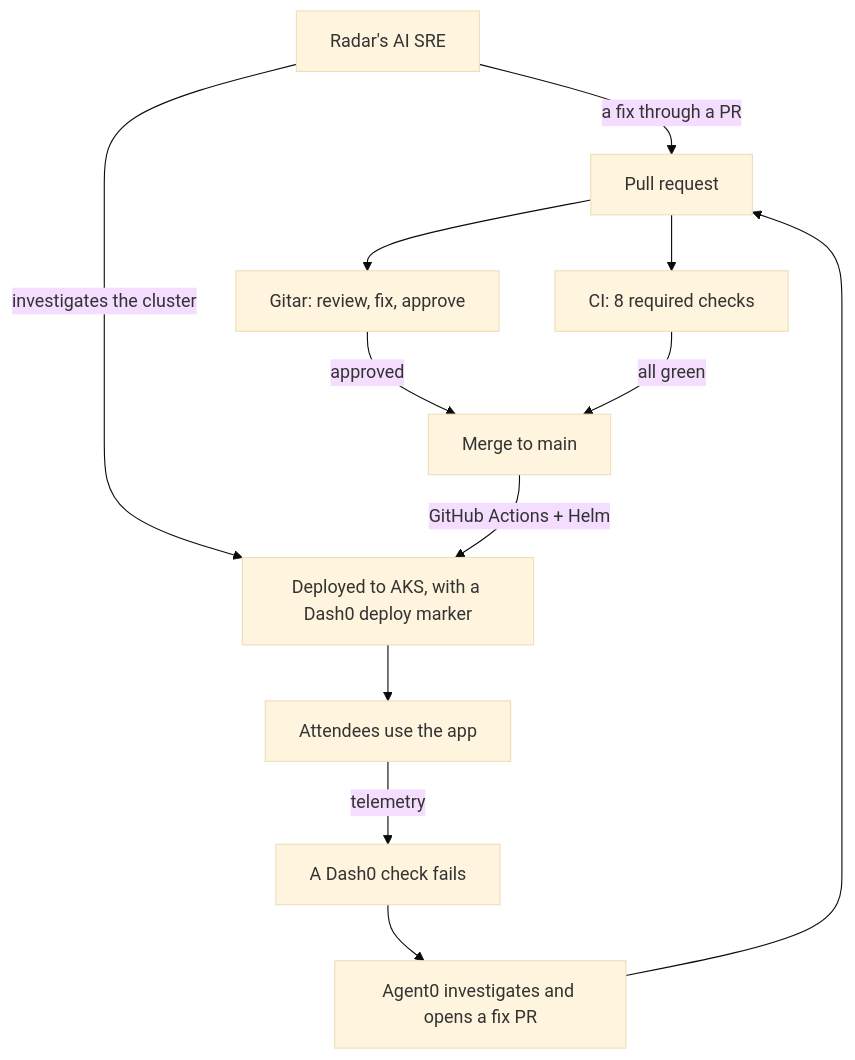
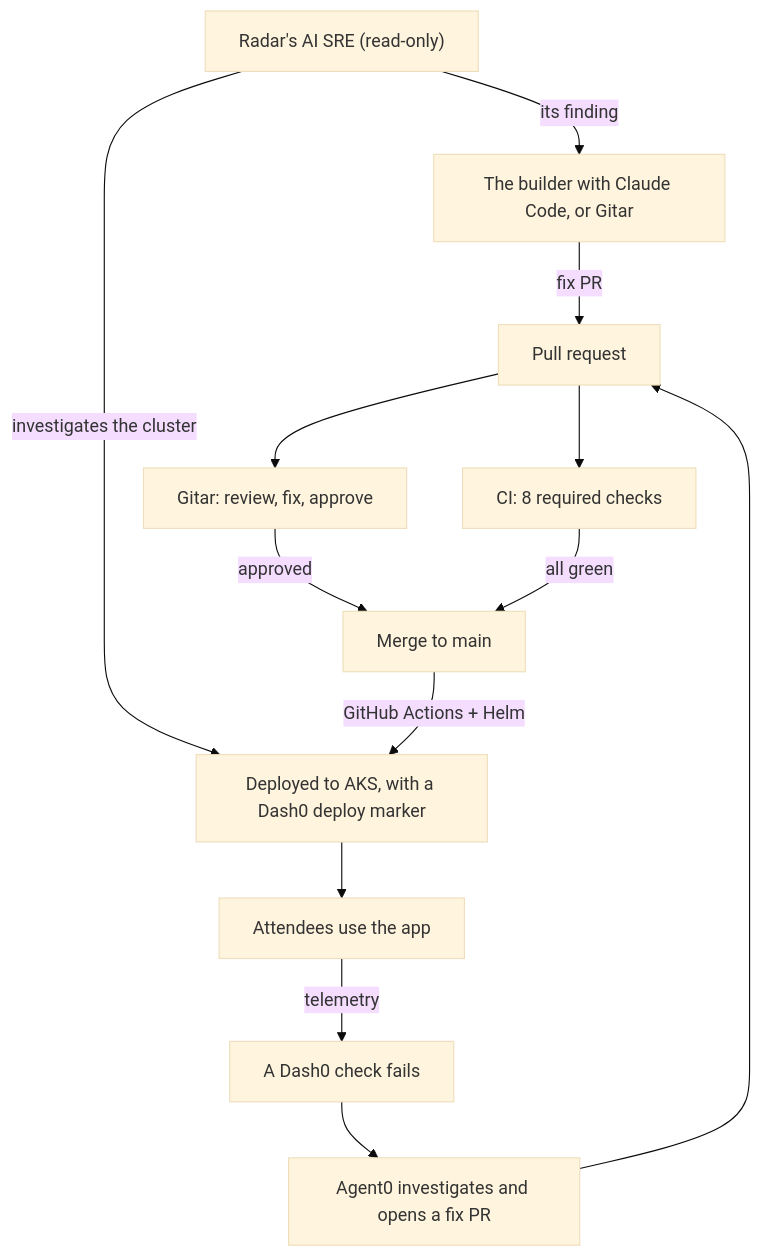
The second of 2 diagrams in README.md (DSavaliya-Labs/conferenceops-ai), drawn with Mermaid (base theme) before and after one commit. The commit also changed other lines of this file and 1 other file, not shown here.

First line of the commit message:
Docs: say what the incident-scope check, the Build log and Radar's fix path do

````diff
--- a/README.md
+++ b/README.md
@@ -134,14 +134,15 @@
 ```mermaid
 flowchart TB
   pr["Pull request"] --> gitar["Gitar: review, fix, approve"]
   pr --> ci["CI: 8 required checks"]
   gitar -->|"approved"| merge["Merge to main"]
   ci -->|"all green"| merge
   merge -->|"GitHub Actions + Helm"| aks["Deployed to AKS, with a Dash0 deploy marker"]
   aks --> users["Attendees use the app"]
   users -->|"telemetry"| check["A Dash0 check fails"]
   check --> agent0["Agent0 investigates and opens a fix PR"]
   agent0 --> pr
-  radar["Radar's AI SRE"] -->|"investigates the cluster"| aks
-  radar -->|"a fix through a PR"| pr
+  radar["Radar's AI SRE (read-only)"] -->|"investigates the cluster"| aks
+  radar -->|"its finding"| fixer["The builder with Claude Code, or Gitar"]
+  fixer -->|"fix PR"| pr
 ```
````
